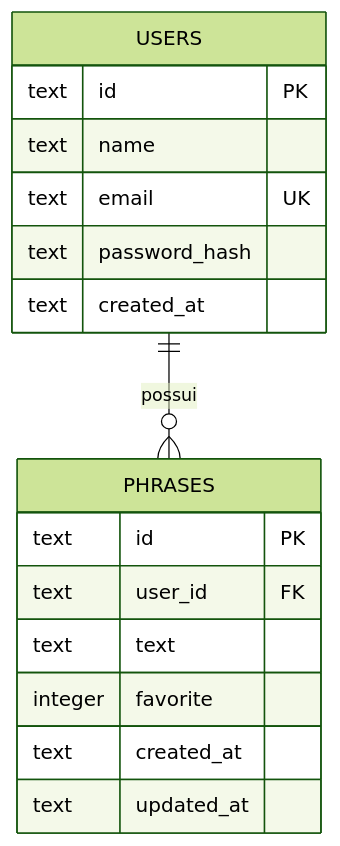
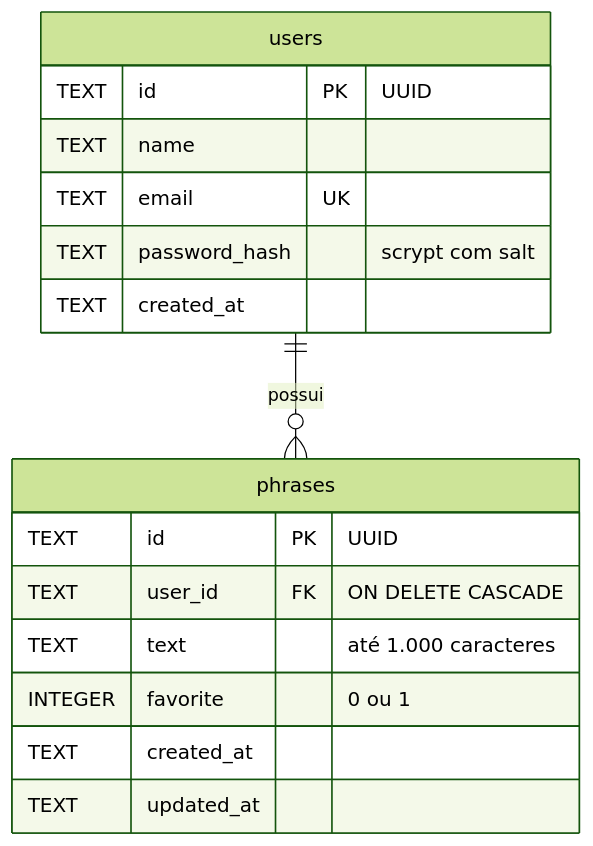
Before and after one commit to gabdaniele/alem-da-voz-mobile: the diagram in README.md, drawn with Mermaid (forest theme). The commit also changed other lines of this file and 7 other files, not shown here.

````diff
--- a/README.md
+++ b/README.md
@@ -93,19 +252,21 @@
 ```mermaid
 erDiagram
-    USERS ||--o{ PHRASES : possui
-    USERS {
-        text id PK
-        text name
-        text email UK
-        text password_hash
-        text created_at
+    users ||--o{ phrases : "possui"
+
+    users {
+        TEXT id PK "UUID"
+        TEXT name
+        TEXT email UK
+        TEXT password_hash "scrypt com salt"
+        TEXT created_at
     }
-    PHRASES {
-        text id PK
-        text user_id FK
-        text text
-        integer favorite
-        text created_at
-        text updated_at
+
+    phrases {
+        TEXT id PK "UUID"
+        TEXT user_id FK "ON DELETE CASCADE"
+        TEXT text "até 1.000 caracteres"
+        INTEGER favorite "0 ou 1"
+        TEXT created_at
+        TEXT updated_at
     }
 ```
````
